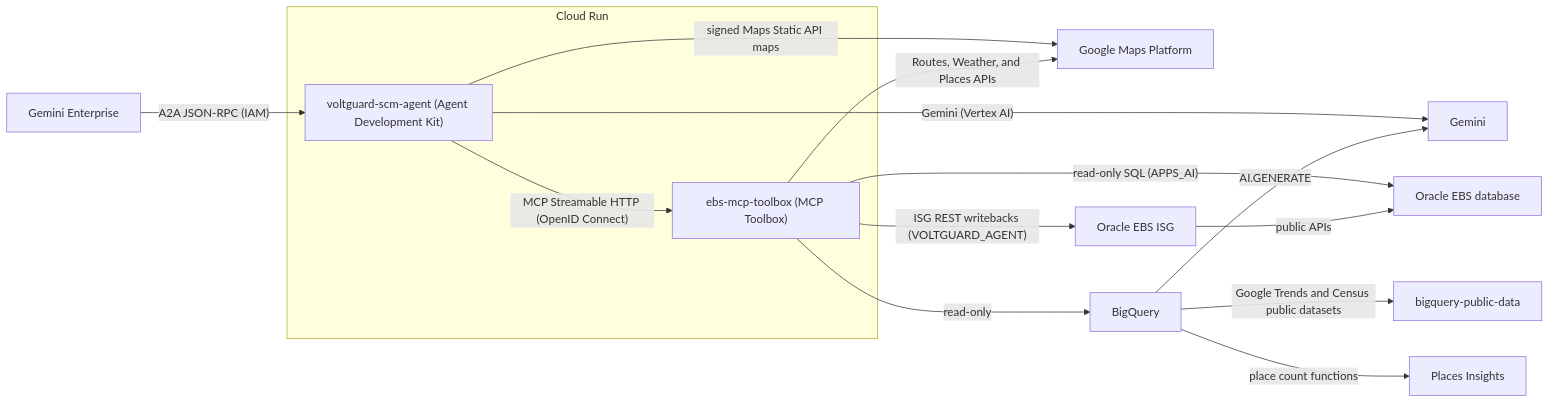
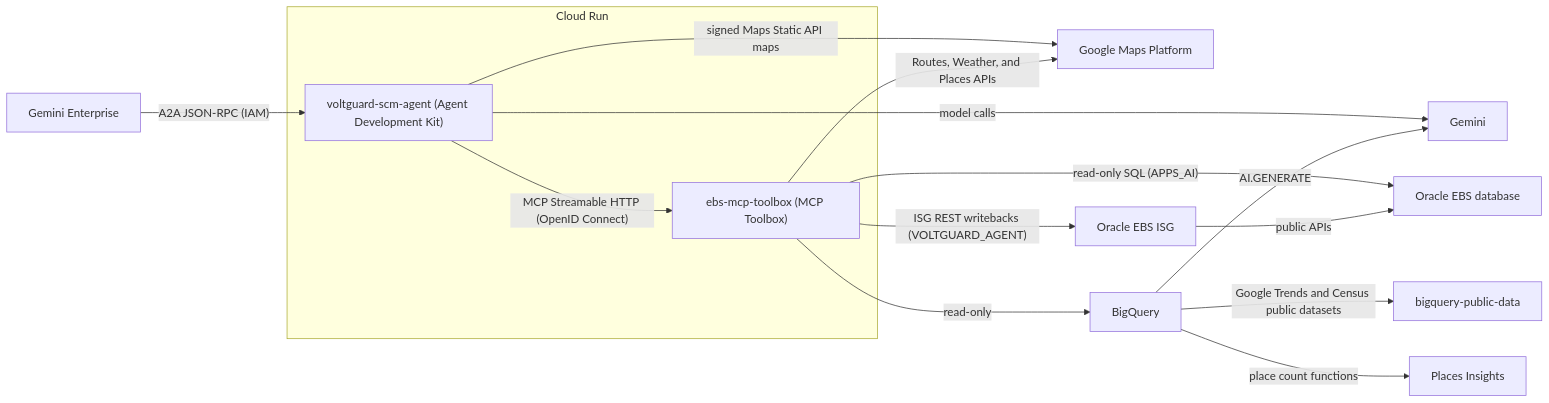
One commit to GoogleCloudPlatform/cloud-solutions changed the diagram in projects/oracle-ebs-scm-agentic-ai/README.md. Above: the diagram before and after it, drawn with Mermaid. The commit also changed other lines of this file and 1 other file, not shown here.

````diff
--- a/projects/oracle-ebs-scm-agentic-ai/README.md
+++ b/projects/oracle-ebs-scm-agentic-ai/README.md
@@ -53,19 +84,19 @@
 ```mermaid
 flowchart LR
     ge["Gemini Enterprise"] -- "A2A JSON-RPC (IAM)" --> agent
     subgraph run["Cloud Run"]
         agent["voltguard-scm-agent (Agent Development Kit)"]
         toolbox["ebs-mcp-toolbox (MCP Toolbox)"]
     end
-    agent -- "Gemini (Vertex AI)" --> gemini["Gemini"]
+    agent -- "model calls" --> gemini["Gemini"]
     agent -- "MCP Streamable HTTP (OpenID Connect)" --> toolbox
     agent -- "signed Maps Static API maps" --> maps["Google Maps Platform"]
     toolbox -- "read-only SQL (APPS_AI)" --> ebs["Oracle EBS database"]
     toolbox -- "ISG REST writebacks (VOLTGUARD_AGENT)" --> isg["Oracle EBS ISG"]
     isg -- "public APIs" --> ebs
     toolbox -- "read-only" --> bq["BigQuery"]
     bq -- "Google Trends and Census public datasets" --> trends["bigquery-public-data"]
     bq -- "place count functions" --> insights["Places Insights"]
     bq -- "AI.GENERATE" --> gemini
     toolbox -- "Routes, Weather, and Places APIs" --> maps
 ```
````
